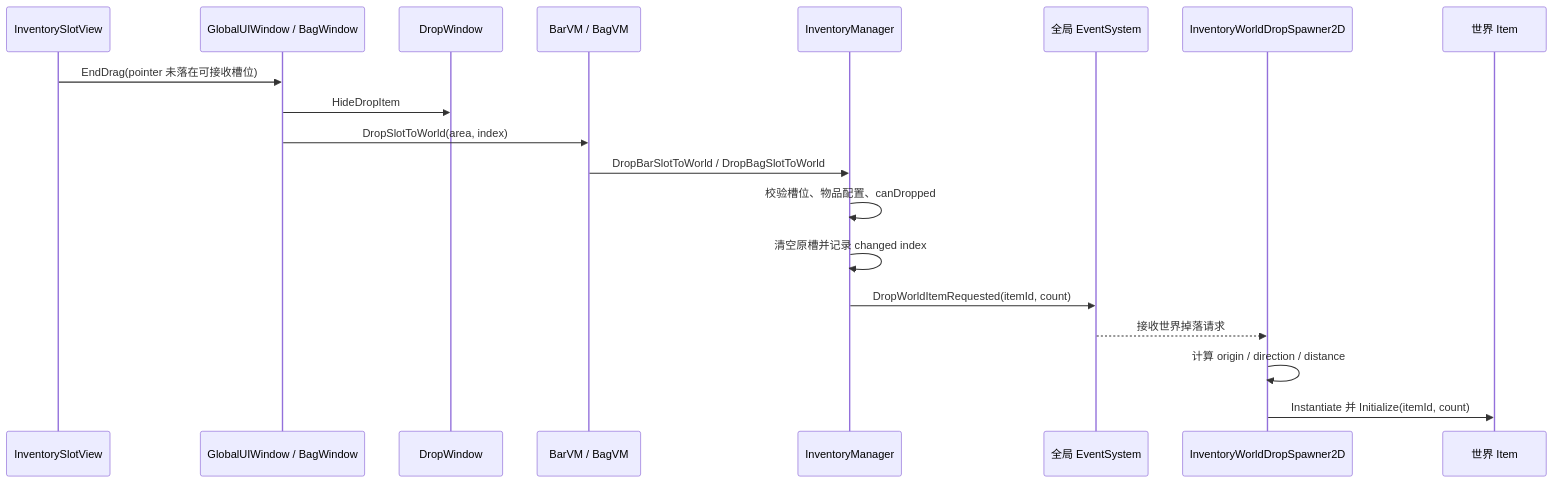
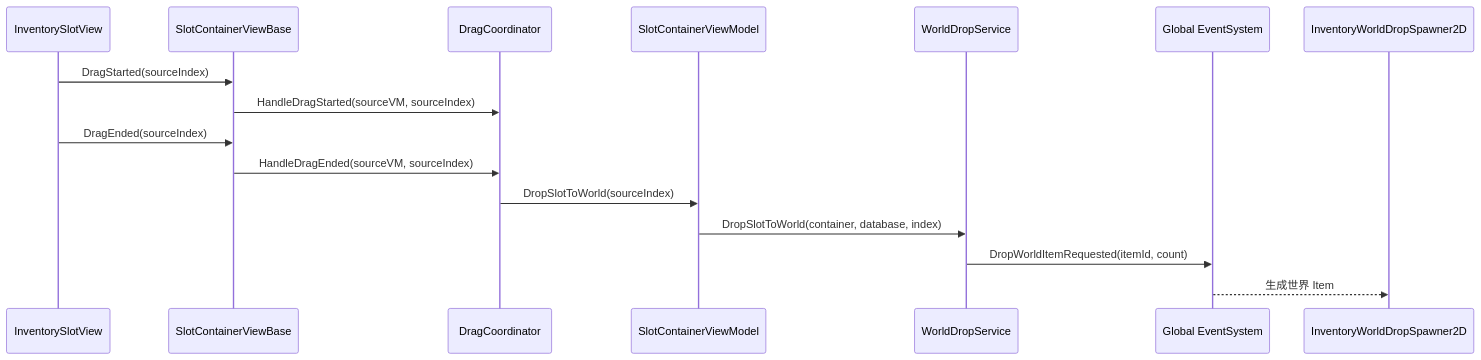
One commit to Whitesheeeep/MTWY changed the second of 2 diagrams in Assets/Scripts/Inventory/README.md. Above: the diagram before and after it, drawn with Mermaid. The commit also changed other lines of this file and 137 other files, not shown here.

````diff
--- a/Assets/Scripts/Inventory/README.md
+++ b/Assets/Scripts/Inventory/README.md
@@ -210,22 +82,19 @@
 ```mermaid
 sequenceDiagram
     participant Slot as InventorySlotView
-    participant Window as GlobalUIWindow / BagWindow
-    participant Drop as DropWindow
-    participant VM as BarVM / BagVM
-    participant Manager as InventoryManager
-    participant GlobalEvent as 全局 EventSystem
+    participant View as SlotContainerViewBase
+    participant Coordinator as DragCoordinator
+    participant VM as SlotContainerViewModel
+    participant DropService as WorldDropService
+    participant GlobalEvent as Global EventSystem
     participant Spawner as InventoryWorldDropSpawner2D
-    participant Item as 世界 Item
 
-    Slot->>Window: EndDrag(pointer 未落在可接收槽位)
-    Window->>Drop: HideDropItem
-    Window->>VM: DropSlotToWorld(area, index)
-    VM->>Manager: DropBarSlotToWorld / DropBagSlotToWorld
-    Manager->>Manager: 校验槽位、物品配置、canDropped
-    Manager->>Manager: 清空原槽并记录 changed index
-    Manager->>GlobalEvent: DropWorldItemRequested(itemId, count)
-    GlobalEvent-->>Spawner: 接收世界掉落请求
-    Spawner->>Spawner: 计算 origin / direction / distance
-    Spawner->>Item: Instantiate 并 Initialize(itemId, count)
+    Slot->>View: DragStarted(sourceIndex)
+    View->>Coordinator: HandleDragStarted(sourceVM, sourceIndex)
+    Slot->>View: DragEnded(sourceIndex)
+    View->>Coordinator: HandleDragEnded(sourceVM, sourceIndex)
+    Coordinator->>VM: DropSlotToWorld(sourceIndex)
+    VM->>DropService: DropSlotToWorld(container, database, index)
+    DropService->>GlobalEvent: DropWorldItemRequested(itemId, count)
+    GlobalEvent-->>Spawner: 生成世界 Item
 ```
````
